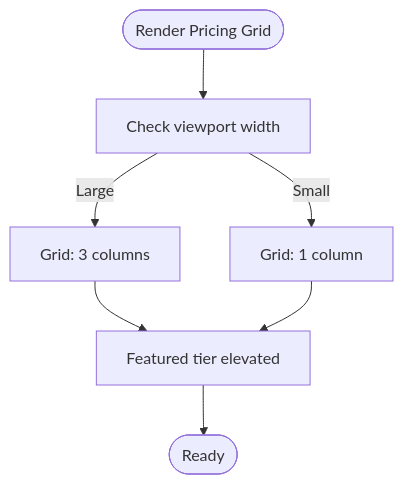
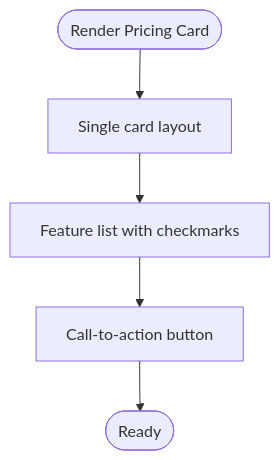
The fifth of 7 diagrams in .qoder/repowiki/en/content/Core Features/Service Showcase/Service Showcase.md (lynchip/graduates), drawn with Mermaid before and after one commit. The commit also changed other lines of this file and 12 other files, not shown here.

````diff
--- a/.qoder/repowiki/en/content/Core Features/Service Showcase/Service Showcase.md
+++ b/.qoder/repowiki/en/content/Core Features/Service Showcase/Service Showcase.md
@@ -309,9 +299,7 @@
 ```mermaid
 flowchart TD
-Start(["Render Pricing Grid"]) --> CheckScreen["Check viewport width"]
-CheckScreen --> |Large| ThreeCols["Grid: 3 columns"]
-CheckScreen --> |Small| Stack["Grid: 1 column"]
-ThreeCols --> Featured["Featured tier elevated"]
-Stack --> Featured
-Featured --> End(["Ready"])
+Start(["Render Pricing Card"]) --> CheckScreen["Single card layout"]
+CheckScreen --> Features["Feature list with checkmarks"]
+Features --> CTA["Call-to-action button"]
+CTA --> End(["Ready"])
 ```
````
